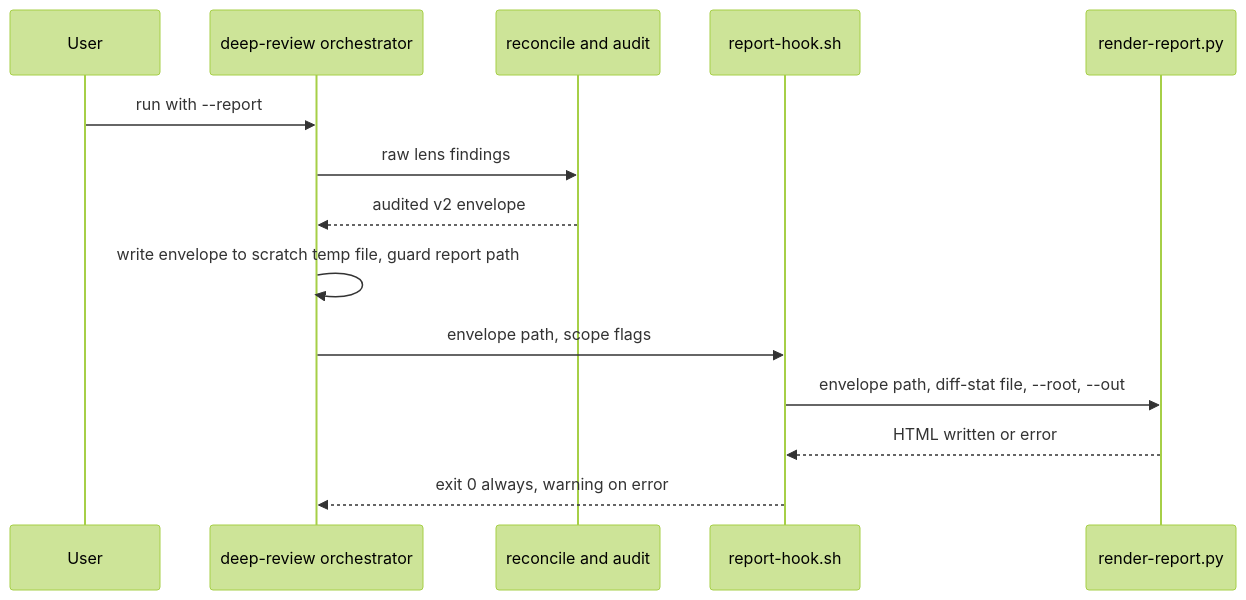
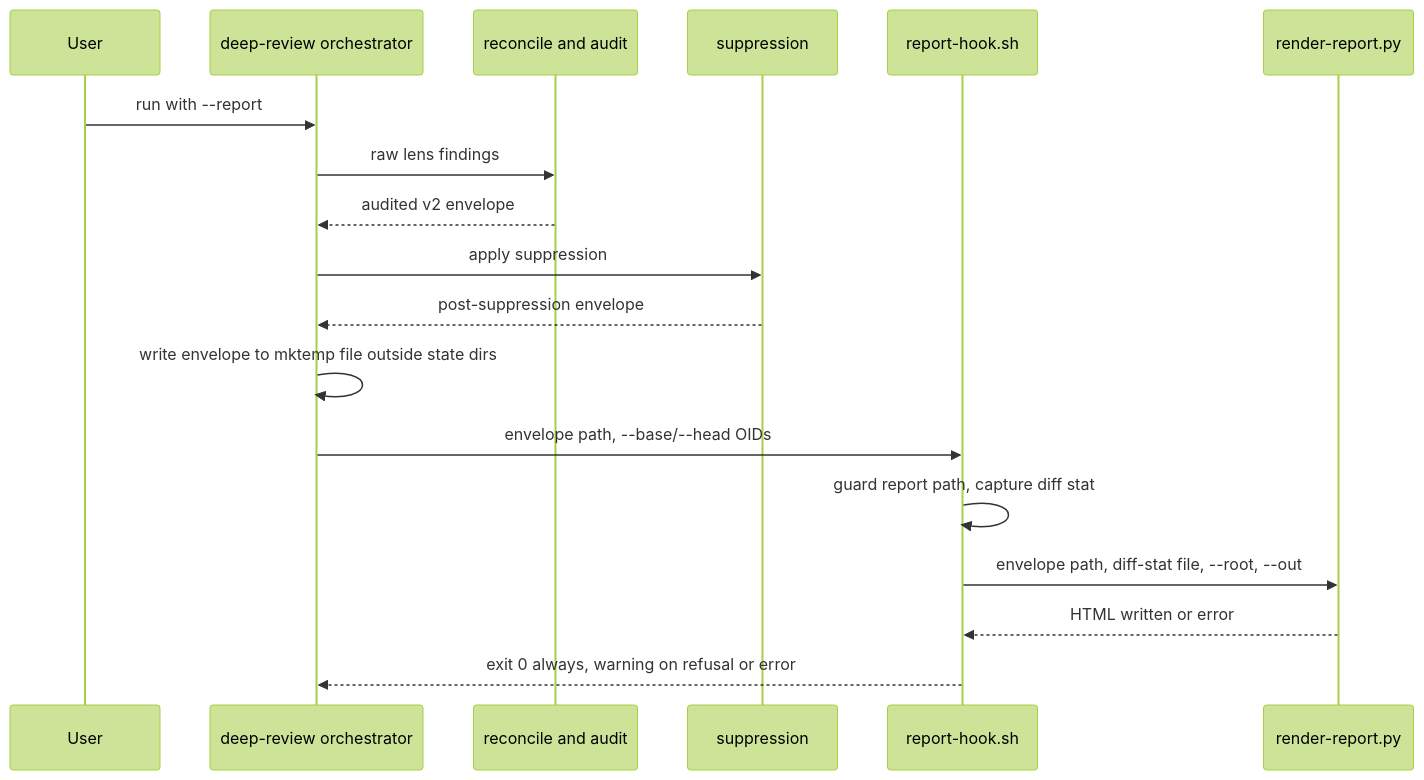
One commit to vr000m/skein changed the third of 3 diagrams in docs/dev_plans/20261008-feature-review-output-formats.md. Above: the diagram before and after it, drawn with Mermaid (forest theme). The commit also changed other lines of this file, not shown here.

````diff
--- a/docs/dev_plans/20261008-feature-review-output-formats.md
+++ b/docs/dev_plans/20261008-feature-review-output-formats.md
@@ -197,16 +203,20 @@
 ```mermaid
 sequenceDiagram
     participant U as User
     participant D as deep-review orchestrator
     participant RC as reconcile and audit
+    participant S as suppression
     participant H as report-hook.sh
     participant R as render-report.py
     U->>D: run with --report
     D->>RC: raw lens findings
     RC-->>D: audited v2 envelope
-    D->>D: write envelope to scratch temp file, guard report path
-    D->>H: envelope path, scope flags
+    D->>S: apply suppression
+    S-->>D: post-suppression envelope
+    D->>D: write envelope to mktemp file outside state dirs
+    D->>H: envelope path, --base/--head OIDs
+    H->>H: guard report path, capture diff stat
     H->>R: envelope path, diff-stat file, --root, --out
     R-->>H: HTML written or error
-    H-->>D: exit 0 always, warning on error
+    H-->>D: exit 0 always, warning on refusal or error
 ```
````
